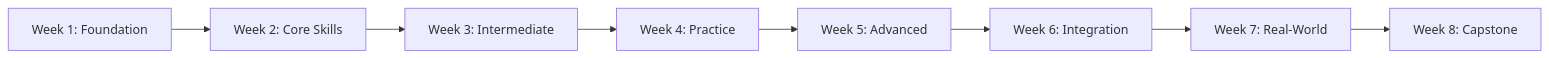
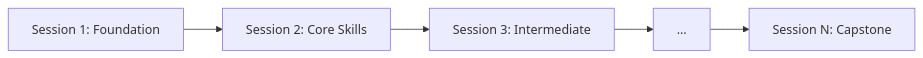
The diagram in templates/course-template.md (RealManage/dx-training), drawn with Mermaid before and after one commit. The commit also changed other lines of this file and 11 other files, not shown here.

````diff
--- a/templates/course-template.md
+++ b/templates/course-template.md
@@ -24,10 +27,7 @@
 ```mermaid
 graph LR
-    A[Week 1: Foundation] --> B[Week 2: Core Skills]
-    B --> C[Week 3: Intermediate]
-    C --> D[Week 4: Practice]
-    D --> E[Week 5: Advanced]
-    E --> F[Week 6: Integration]
-    F --> G[Week 7: Real-World]
-    G --> H[Week 8: Capstone]
+    A[Session 1: Foundation] --> B[Session 2: Core Skills]
+    B --> C[Session 3: Intermediate]
+    C --> D[...]
+    D --> E[Session N: Capstone]
 ```
````
